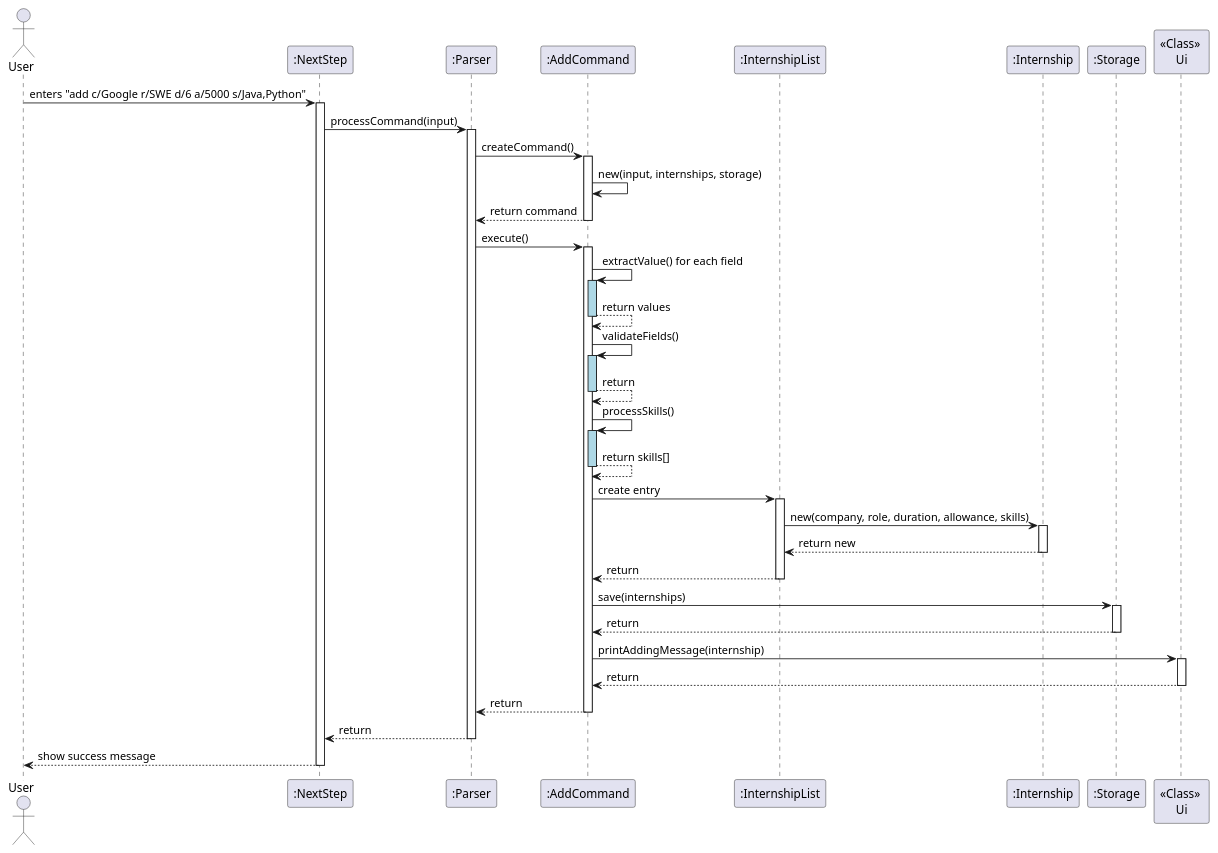
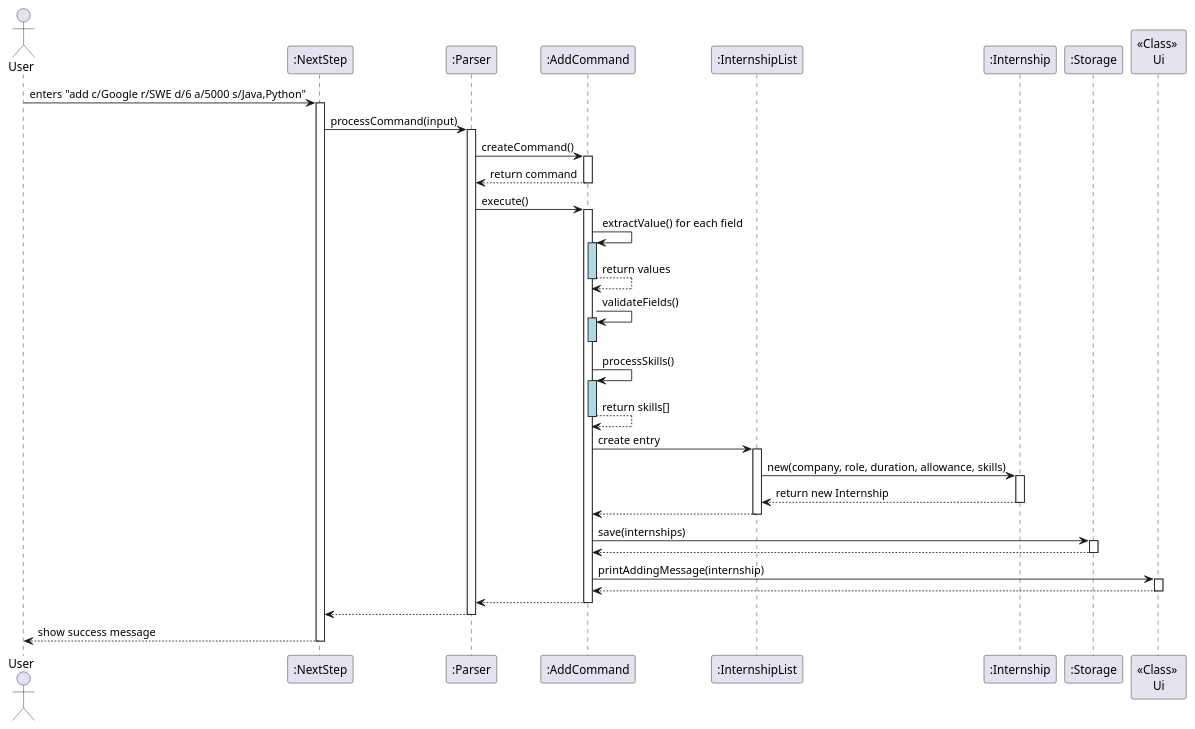
One commit to xyanjun02/tp changed the diagram in docs/diagrams/addCommandSequence.puml. Above: the diagram before and after it, drawn with PlantUML. The commit also changed 6 other files, not shown here.

```diff
--- a/docs/diagrams/addCommandSequence.puml
+++ b/docs/diagrams/addCommandSequence.puml
@@ -1,70 +1,68 @@
 @startuml
 'https://plantuml.com/sequence-diagram
 
 actor User
 participant ":NextStep" as NextStep
 participant ":Parser" as Parser
 participant ":AddCommand" as AddCommand
 participant ":InternshipList" as InternshipList
 participant ":Internship" as Internship
 participant ":Storage" as Storage
 participant "<<Class>> \nUi" as Ui
 
 User -> NextStep : enters "add c/Google r/SWE d/6 a/5000 s/Java,Python"
 activate NextStep
 
 NextStep -> Parser : processCommand(input)
 activate Parser
 
 Parser -> AddCommand : createCommand()
 activate AddCommand
-AddCommand -> AddCommand : new(input, internships, storage)
 AddCommand --> Parser : return command
 deactivate AddCommand
 
 Parser -> AddCommand : execute()
 activate AddCommand
 
 AddCommand -> AddCommand : extractValue() for each field
 activate AddCommand #lightblue
 AddCommand --> AddCommand : return values
 deactivate AddCommand
 
 AddCommand -> AddCommand : validateFields()
 activate AddCommand #lightblue
-AddCommand --> AddCommand : return
 deactivate AddCommand
 
 AddCommand -> AddCommand : processSkills()
 activate AddCommand #lightblue
 AddCommand --> AddCommand : return skills[]
 deactivate AddCommand
 
 AddCommand -> InternshipList : create entry
 activate InternshipList
 InternshipList -> Internship : new(company, role, duration, allowance, skills)
 activate Internship
-Internship --> InternshipList : return new
+Internship --> InternshipList : return new Internship
 deactivate Internship
-InternshipList --> AddCommand : return
+InternshipList --> AddCommand
 deactivate InternshipList
 
 AddCommand -> Storage : save(internships)
 activate Storage
-Storage --> AddCommand : return
+Storage --> AddCommand
 deactivate Storage
 
 AddCommand -> Ui : printAddingMessage(internship)
 activate Ui
-Ui --> AddCommand : return
+Ui --> AddCommand
 deactivate Ui
 
-AddCommand --> Parser : return
+AddCommand --> Parser
 deactivate AddCommand
 
-Parser --> NextStep : return
+Parser --> NextStep
 deactivate Parser
 
 NextStep --> User : show success message
 deactivate NextStep
 @enduml
```
